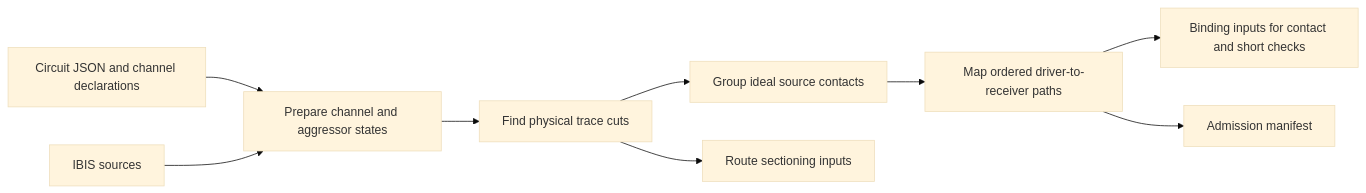
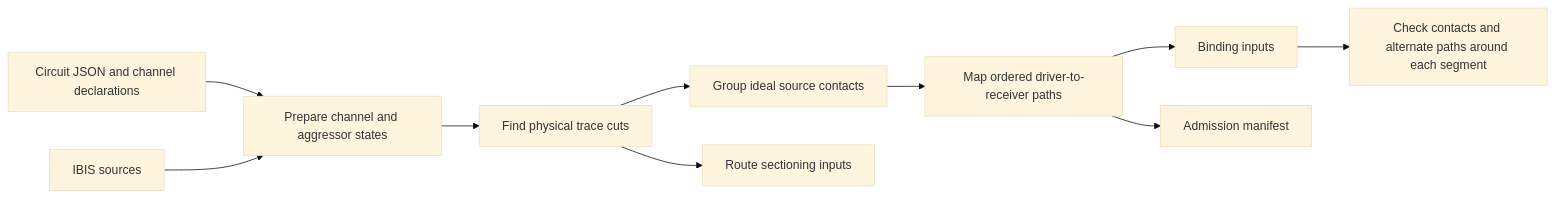
The first of 2 diagrams in docs/ARCHITECTURE.md (draarivpatel-ui/signal-integrity-pipeline), drawn with Mermaid (base theme) before and after one commit. The commit also changed other lines of this file and 13 other files, not shown here.

Commit message:
fix: validate alternate paths around routed channel segments

````diff
--- a/docs/ARCHITECTURE.md
+++ b/docs/ARCHITECTURE.md
@@ -12,11 +15,12 @@
 ```mermaid
 flowchart LR
   board["Circuit JSON and channel declarations"] --> prepare["Prepare channel and aggressor states"]
   ibis["IBIS sources"] --> prepare
   prepare --> cuts["Find physical trace cuts"]
   cuts --> groups["Group ideal source contacts"]
   groups --> paths["Map ordered driver-to-receiver paths"]
   cuts --> sections["Route sectioning inputs"]
-  paths --> bindings["Binding inputs for contact and short checks"]
+  paths --> bindings["Binding inputs"]
+  bindings --> checks["Check contacts and alternate paths around each segment"]
   paths --> manifest["Admission manifest"]
 ```
````
